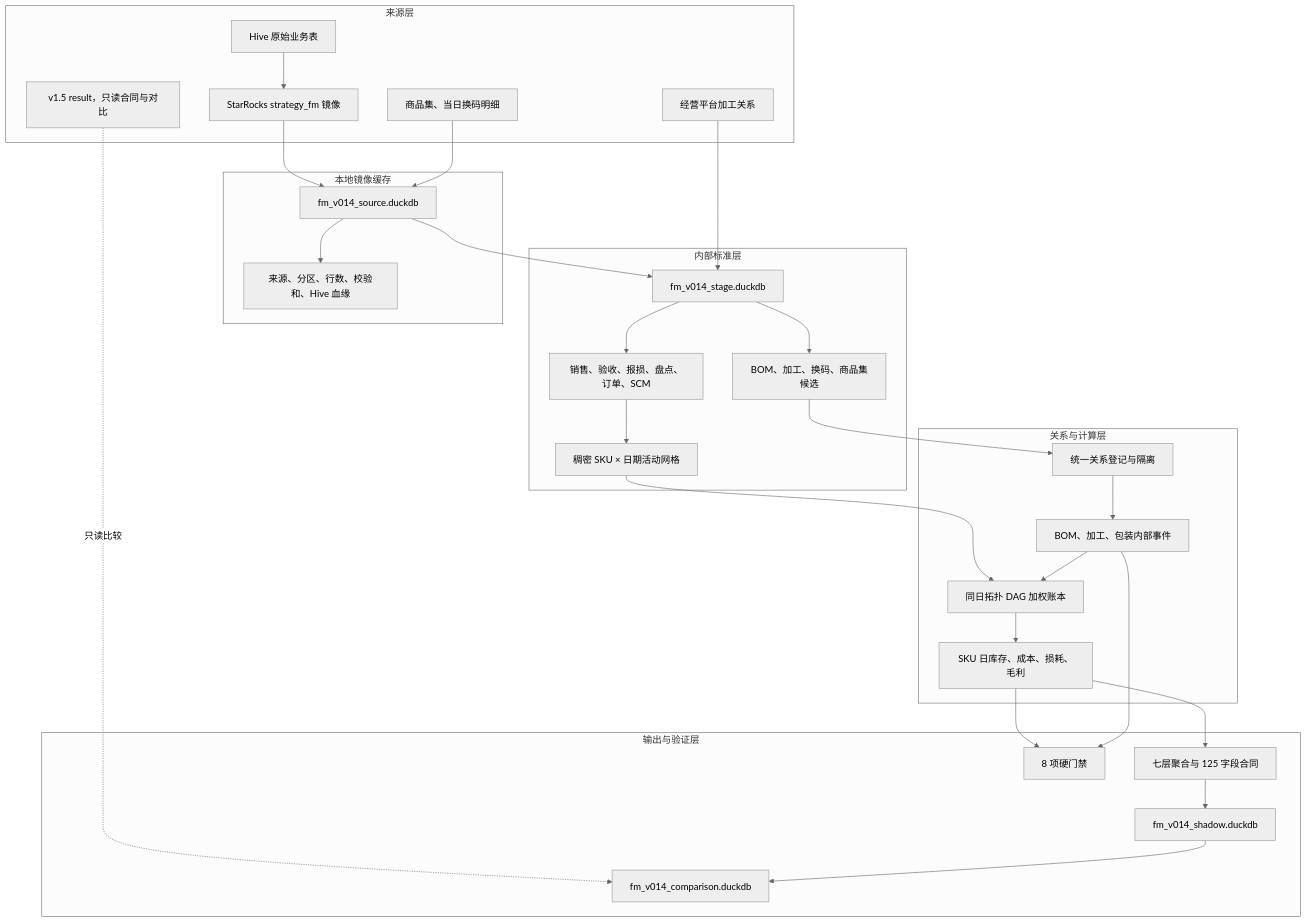
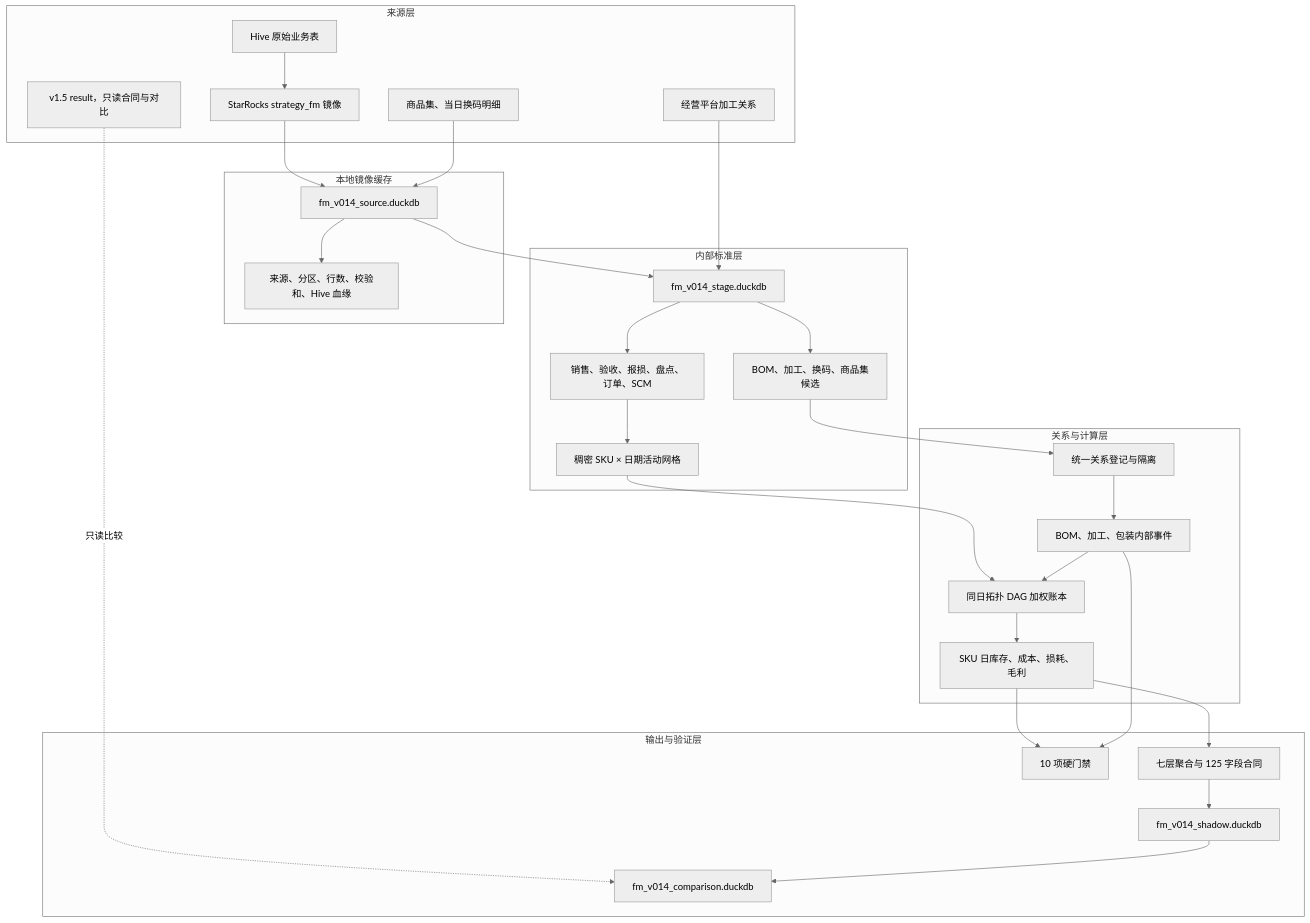
The first of 8 diagrams in fmetl/README.md (kate636/cuihua-data), drawn with Mermaid (neutral theme) before and after one commit. The commit also changed other lines of this file and 27 other files, not shown here.

````diff
--- a/fmetl/README.md
+++ b/fmetl/README.md
@@ -46,57 +50,57 @@
 ```mermaid
 flowchart TB
     subgraph SOURCE["来源层"]
         HIVE["Hive 原始业务表"]
         MIRROR["StarRocks strategy_fm 镜像"]
         AUX["商品集、当日换码明细"]
         PROC["经营平台加工关系"]
         V15["v1.5 result，只读合同与对比"]
         HIVE --> MIRROR
     end
 
     subgraph CACHE["本地镜像缓存"]
         SOURCE_DB["fm_v014_source.duckdb"]
         MANIFEST["来源、分区、行数、校验和、Hive 血缘"]
     end
 
     subgraph STAGE["内部标准层"]
         STAGE_DB["fm_v014_stage.duckdb"]
         FACTS["销售、验收、报损、盘点、订单、SCM"]
         REL_INPUT["BOM、加工、换码、商品集候选"]
         GRID["稠密 SKU × 日期活动网格"]
     end
 
     subgraph CALC["关系与计算层"]
         REGISTRY["统一关系登记与隔离"]
         EVENTS["BOM、加工、包装内部事件"]
         LEDGER["同日拓扑 DAG 加权账本"]
         DAILY["SKU 日库存、成本、损耗、毛利"]
     end
 
     subgraph OUTPUT["输出与验证层"]
         LEVELS["七层聚合与 125 字段合同"]
         SHADOW["fm_v014_shadow.duckdb"]
-        GATES["8 项硬门禁"]
+        GATES["10 项硬门禁"]
         COMPARE["fm_v014_comparison.duckdb"]
     end
 
     MIRROR --> SOURCE_DB
     AUX --> SOURCE_DB
     PROC --> STAGE_DB
     SOURCE_DB --> MANIFEST
     SOURCE_DB --> STAGE_DB
     STAGE_DB --> FACTS
     STAGE_DB --> REL_INPUT
     FACTS --> GRID
     REL_INPUT --> REGISTRY
     REGISTRY --> EVENTS
     GRID --> LEDGER
     EVENTS --> LEDGER
     LEDGER --> DAILY
     DAILY --> LEVELS
     LEVELS --> SHADOW
     DAILY --> GATES
     EVENTS --> GATES
     V15 -.->|只读比较| COMPARE
     SHADOW --> COMPARE
 ```
````
